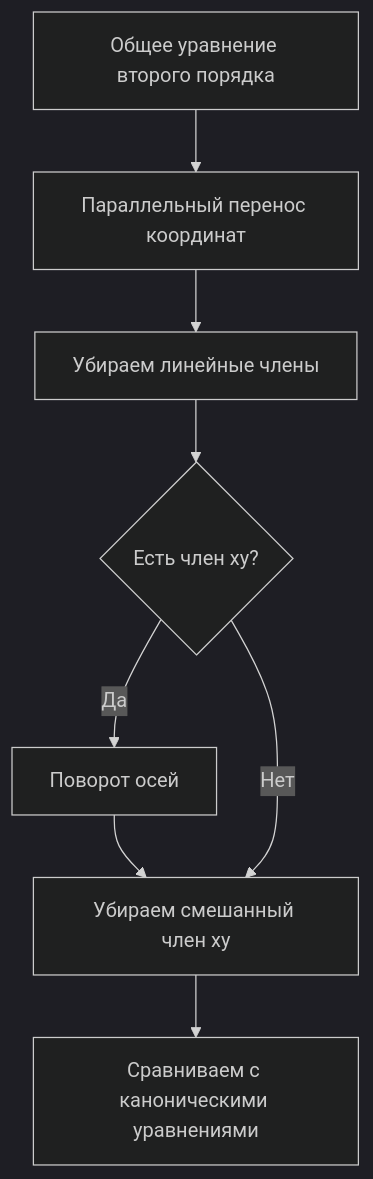
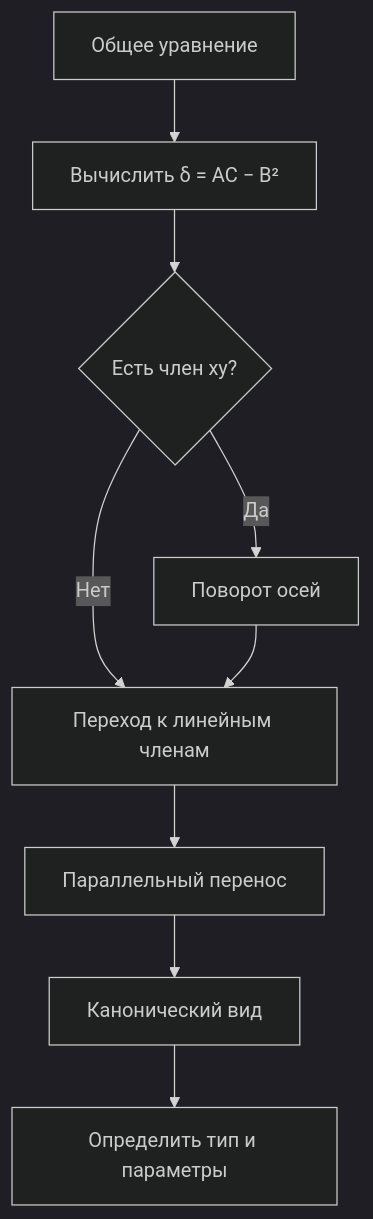
The diagram in subjects/analytical_geometry/exam/01 - Подготовка к тесту по кривым второго порядка 19.10.2026.md (164-gif/university), drawn with Mermaid (dark theme) before and after one commit. The commit also changed other lines of this file, not shown here.

````diff
--- a/subjects/analytical_geometry/exam/01 - Подготовка к тесту по кривым второго порядка 19.10.2026.md
+++ b/subjects/analytical_geometry/exam/01 - Подготовка к тесту по кривым второго порядка 19.10.2026.md
@@ -300,10 +358,11 @@
 ```mermaid
 flowchart TD
-    A[Общее уравнение второго порядка] --> B[Параллельный перенос координат]
-    B --> C[Убираем линейные члены]
-    C --> D{Есть член xy?}
-    D -- Да --> E[Поворот осей]
-    E --> F[Убираем смешанный член xy]
-    D -- Нет --> F
-    F --> G[Сравниваем с каноническими уравнениями]
+    A[Общее уравнение] --> B[Вычислить δ = AC − B²]
+    B --> C{Есть член xy?}
+    C -- Да --> D[Поворот осей]
+    C -- Нет --> E[Переход к линейным членам]
+    D --> E
+    E --> F[Параллельный перенос]
+    F --> G[Канонический вид]
+    G --> H[Определить тип и параметры]
 ```
````
